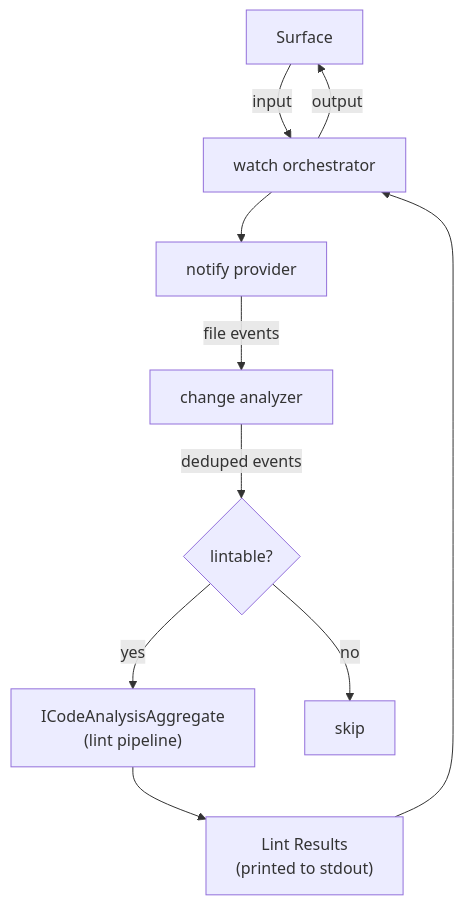
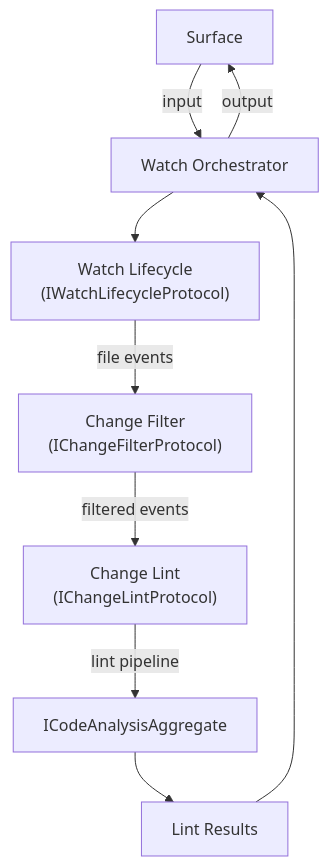
The diagram in crates/file-watch/FRD.md (rakaarwaky/lint-arwaky), drawn with Mermaid before and after one commit. The commit also changed other lines of this file and 18 other files, not shown here.

````diff
--- a/crates/file-watch/FRD.md
+++ b/crates/file-watch/FRD.md
@@ -14,15 +18,11 @@
 ```mermaid
 flowchart TD
-    A["Surface"] -->|input| B["watch orchestrator"]
-    B --> C["notify provider"]
-    C -->|file events| D["change analyzer"]
-    D -->|deduped events| E{"lintable?"}
-
-    E -->|"yes"| F["ICodeAnalysisAggregate\n(lint pipeline)"]
-    E -->|"no"| G["skip"]
-
-    F --> H["Lint Results\n(printed to stdout)"]
-    H --> B
+    A["Surface"] -->|input| B["Watch Orchestrator"]
+    B --> C["Watch Lifecycle\n(IWatchLifecycleProtocol)"]
+    C -->|file events| D["Change Filter\n(IChangeFilterProtocol)"]
+    D -->|filtered events| E["Change Lint\n(IChangeLintProtocol)"]
+    E -->|lint pipeline| F["ICodeAnalysisAggregate"]
+    F --> G["Lint Results"]
+    G --> B
     B -->|output| A
-
 ```
````
